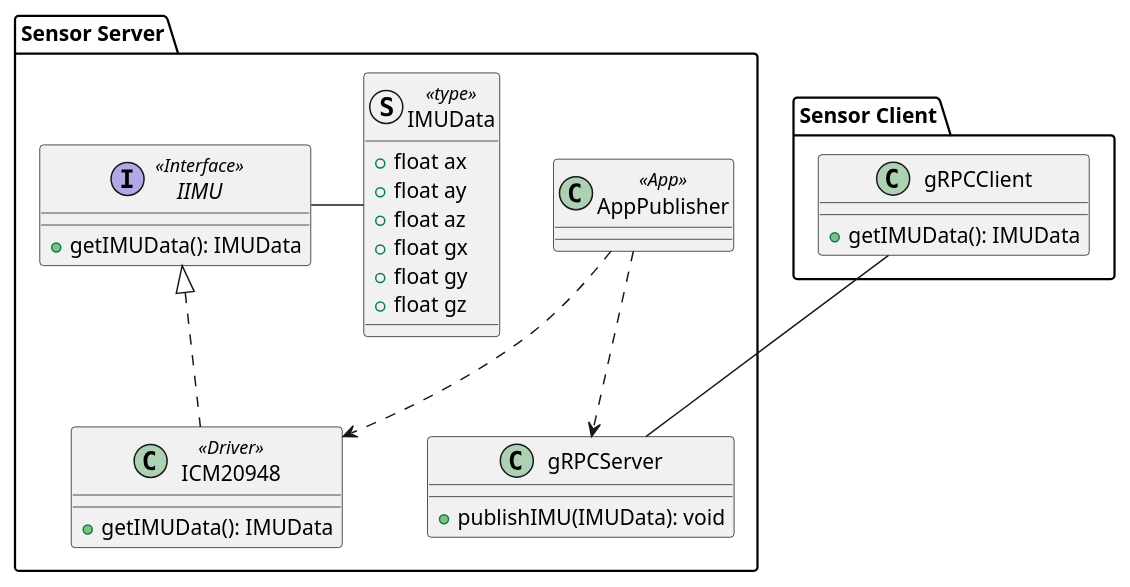
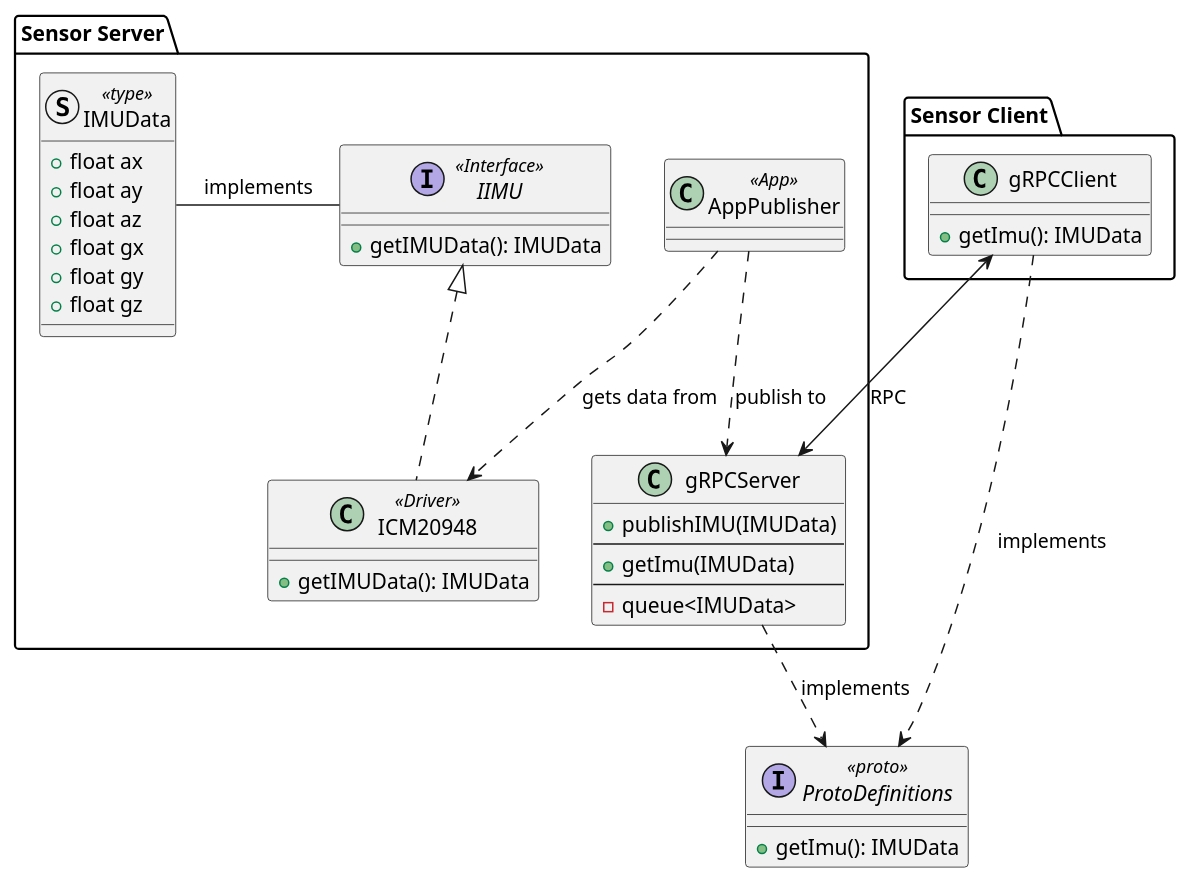
Before and after one commit to Marcus-Forte/msensor-library: the diagram in docs/imu_server.puml, drawn with PlantUML. The commit also changed 5 other files, not shown here.

```diff
--- a/docs/imu_server.puml
+++ b/docs/imu_server.puml
@@ -1,47 +1,58 @@
 @startuml IMU Server
 
 
 package "Sensor Server" {
 
-class AppPublisher<<App>> {
+    class AppPublisher<<App>> {
+    }
+
+    struct IMUData<<type>> {
+        +float ax
+        +float ay
+        +float az
+        +float gx
+        +float gy
+        +float gz
+    }
+
+    interface IIMU<<Interface>>  {
+        +getIMUData(): IMUData
+    }
+
+    class ICM20948<<Driver>> {
+        +getIMUData(): IMUData
+    }
+
+    class gRPCServer {
+        +publishIMU(IMUData)
+        ---
+        +getImu(IMUData)
+        ---
+        -queue<IMUData>
+    }
+
+
+    IMUData - IIMU: implements
+    AppPublisher ..> gRPCServer: publish to
+    AppPublisher ..> ICM20948: gets data from
+
+    IIMU <|.. ICM20948
 }
 
-struct IMUData<<type>> {
-    +float ax
-    +float ay
-    +float az
-    +float gx
-    +float gy
-    +float gz
-}
-
-interface IIMU<<Interface>>  {
-    +getIMUData(): IMUData
-}
-
-class ICM20948<<Driver>> {
-    +getIMUData(): IMUData
-}
-
-class gRPCServer {
-    +publishIMU(IMUData): void
-}
-
-IMUData - IIMU 
-AppPublisher ..> gRPCServer
-AppPublisher ..> ICM20948
-
-IIMU <|.. ICM20948
+interface ProtoDefinitions<<proto>> {
+    +getImu(): IMUData
 }
 
 package "Sensor Client" {
     class gRPCClient {
-        +getIMUData(): IMUData
+        +getImu(): IMUData
     }
+}
 
 
-}
+gRPCClient <--> gRPCServer: RPC
 
-    gRPCClient -- gRPCServer
+gRPCServer ..> ProtoDefinitions: implements
+gRPCClient ..> ProtoDefinitions: implements
 
 @enduml
```
